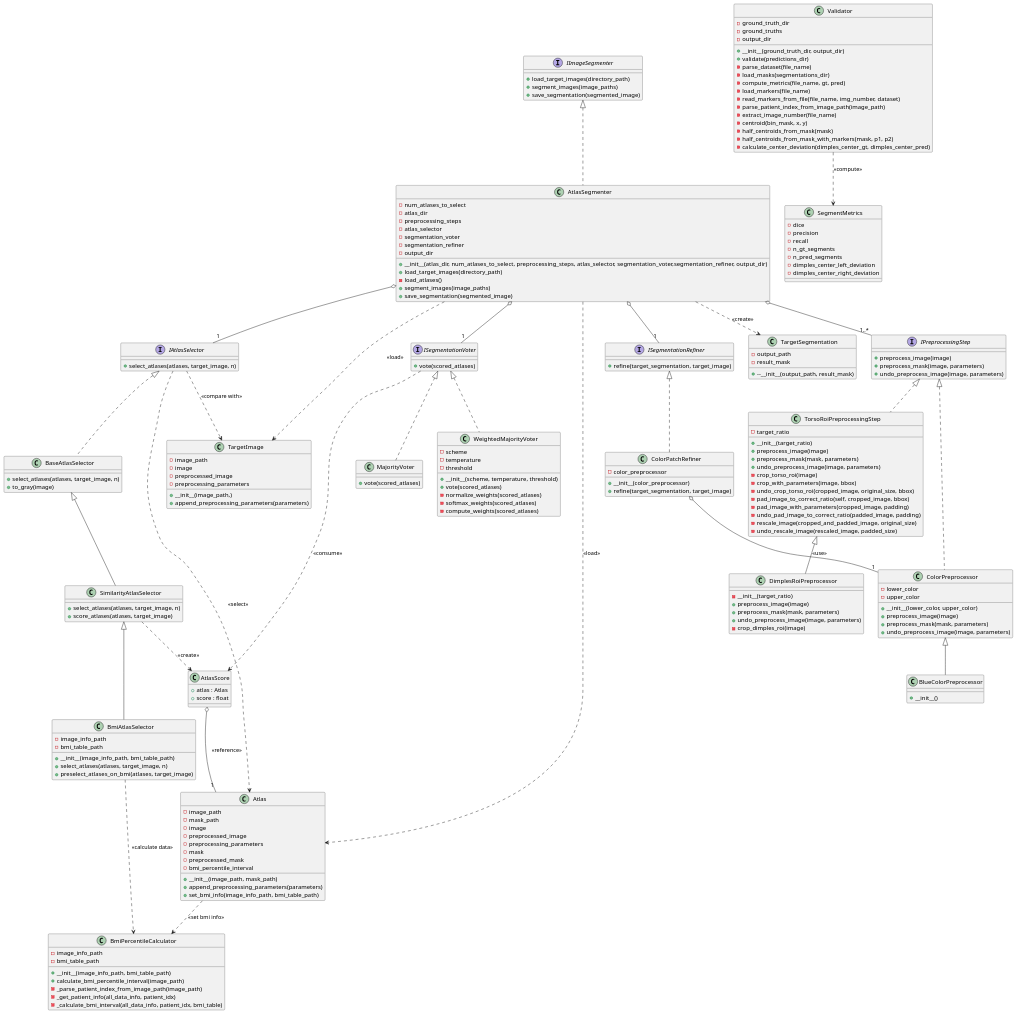
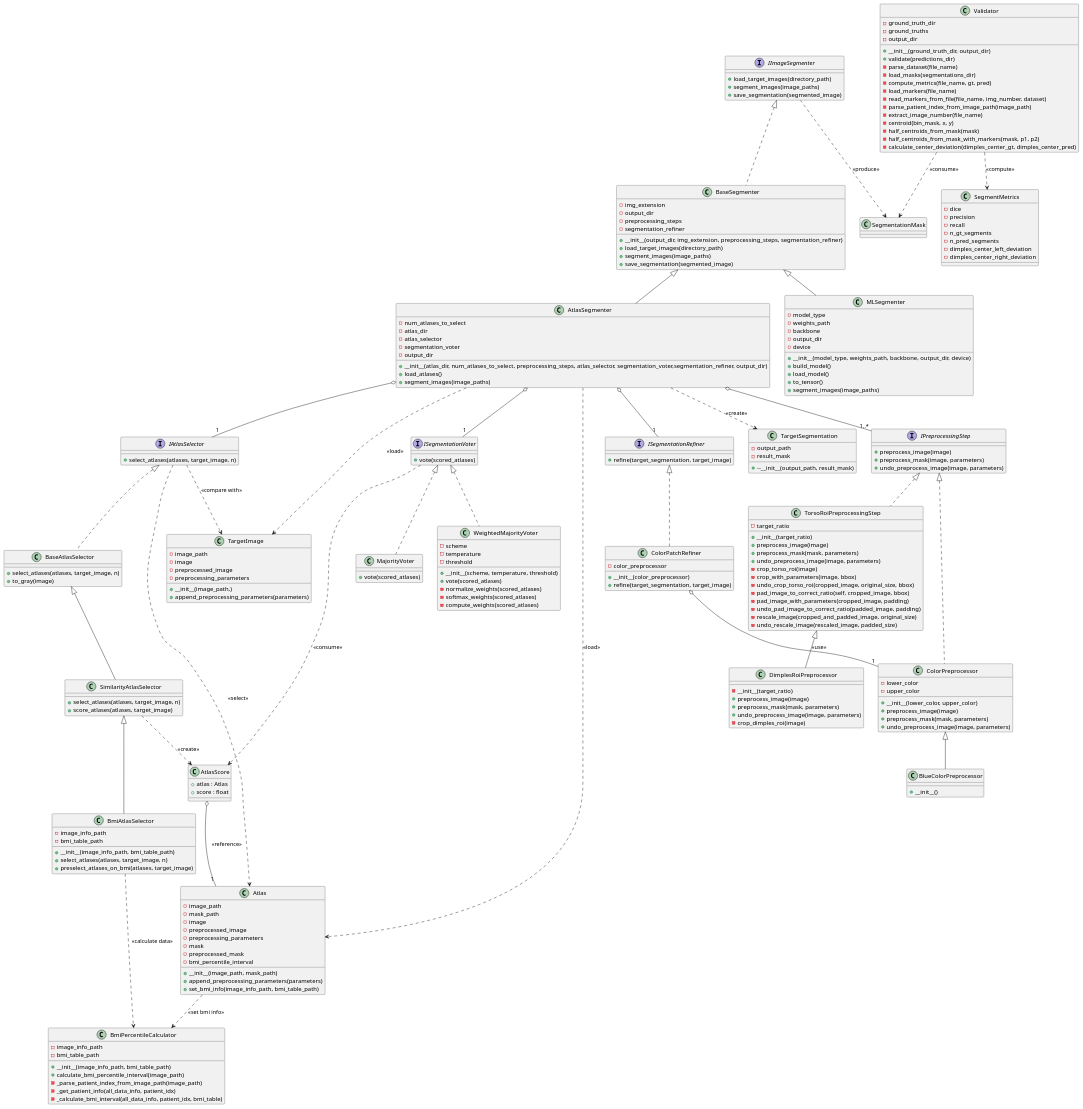
One commit to P4u14/diplomarbeit changed the diagram in class-diagram.puml. Above: the diagram before and after it, drawn with PlantUML. The commit also changed 6 other files, not shown here.

```diff
--- a/class-diagram.puml
+++ b/class-diagram.puml
@@ -104,19 +104,39 @@
     + save_segmentation(segmented_image)
 }
 
+class BaseSegmenter {
+    - img_extension
+    - output_dir
+    - preprocessing_steps
+    - segmentation_refiner
+    + __init__(output_dir, img_extension, preprocessing_steps, segmentation_refiner)
+    + load_target_images(directory_path)
+    + segment_images(image_paths)
+    + save_segmentation(segmented_image)
+}
+
 class AtlasSegmenter {
     - num_atlases_to_select
     - atlas_dir
-    - preprocessing_steps
     - atlas_selector
     - segmentation_voter
-    - segmentation_refiner
     - output_dir
     + __init__(atlas_dir, num_atlases_to_select, preprocessing_steps, atlas_selector, segmentation_voter,segmentation_refiner, output_dir)
-    + load_target_images(directory_path)
-    - load_atlases()
+    + load_atlases()
     + segment_images(image_paths)
-    + save_segmentation(segmented_image)
+}
+
+class MLSegmenter {
+    - model_type
+    - weights_path
+    - backbone
+    - output_dir
+    - device
+    + __init__(model_type, weights_path, backbone, output_dir, device)
+    + build_model()
+    + load_model()
+    + to_tensor()
+     + segment_images(image_paths)
 }
 
 class TargetImage {
@@ -189,7 +209,11 @@
     - dimples_center_right_deviation
 }
 
-IImageSegmenter <|.. AtlasSegmenter
+class SegmentationMask {}
+
+IImageSegmenter <|.. BaseSegmenter
+BaseSegmenter <|-- AtlasSegmenter
+BaseSegmenter <|-- MLSegmenter
 
 AtlasSegmenter o-- "1..*" IPreprocessingStep
 AtlasSegmenter o-- "1" IAtlasSelector
@@ -229,4 +253,7 @@
 
 Validator ..> SegmentMetrics : <<compute>>
 
+IImageSegmenter ..> SegmentationMask : <<produce>>
+Validator ..> SegmentationMask : <<consume>>
+
 @enduml
```
